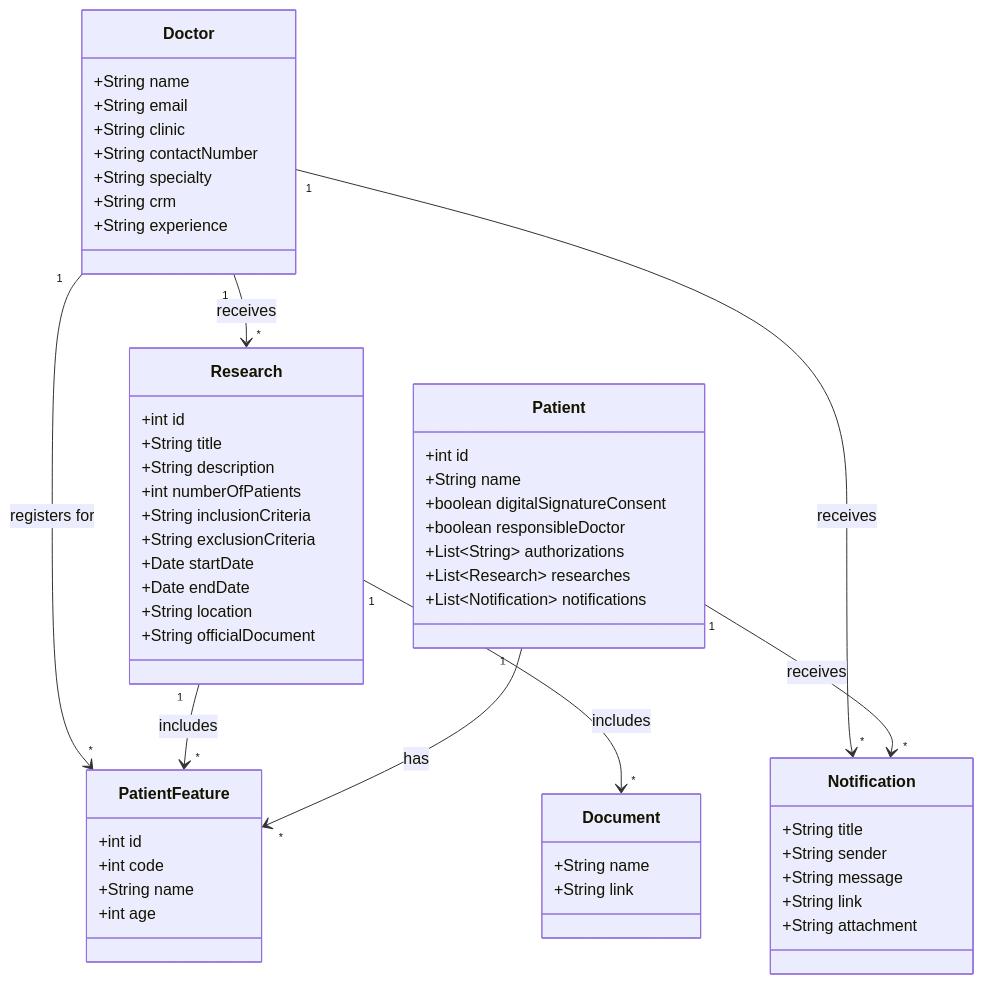
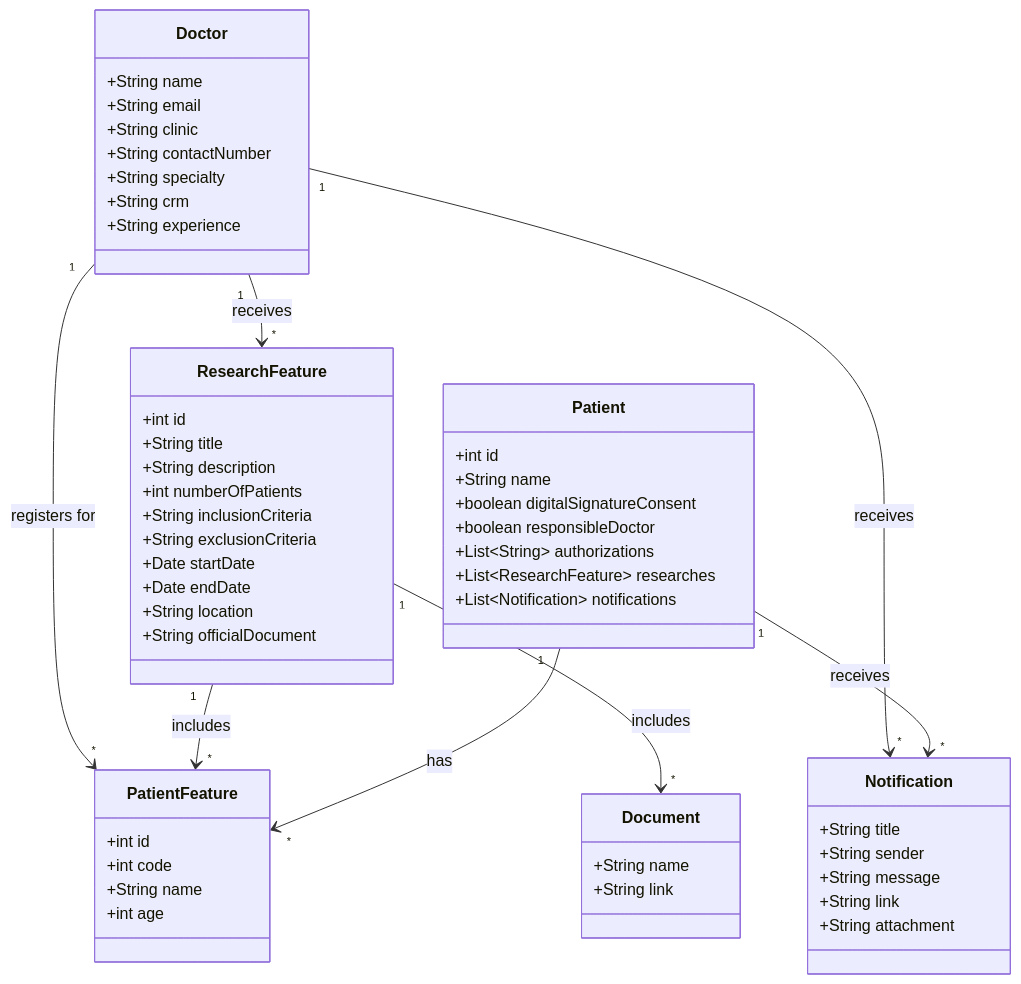
One commit to andrefilipe1310/inovamed- changed the third of 15 diagrams in README.md. Above: the diagram before and after it, drawn with Mermaid.

````diff
--- a/README.md
+++ b/README.md
@@ -50,66 +50,66 @@
 ```mermaid
 classDiagram
     class Doctor {
         +String name
         +String email
         +String clinic
         +String contactNumber
         +String specialty
         +String crm
         +String experience
     }
 
     class Patient {
         +int id
         +String name
         +boolean digitalSignatureConsent
         +boolean responsibleDoctor
         +List~String~ authorizations
-        +List~Research~ researches
+        +List~ResearchFeature~ researches
         +List~Notification~ notifications
     }
 
     class PatientFeature {
         +int id
         +int code
         +String name
         +int age
     }
 
-    class Research {
+    class ResearchFeature {
         +int id
         +String title
         +String description
         +int numberOfPatients
         +String inclusionCriteria
         +String exclusionCriteria
         +Date startDate
         +Date endDate
         +String location
         +String officialDocument
     }
 
     class Document {
         +String name
         +String link
     }
 
     class Notification {
         +String title
         +String sender
         +String message
         +String link
         +String attachment
     }
 
-    Doctor "1" --> "*" Research : receives
+    Doctor "1" --> "*" ResearchFeature : receives
     Doctor "1" --> "*" PatientFeature : registers for
-    Research "1" --> "*" PatientFeature : includes
-    Research "1" --> "*" Document : includes
+    ResearchFeature "1" --> "*" PatientFeature : includes
+    ResearchFeature "1" --> "*" Document : includes
     Doctor "1" --> "*" Notification : receives
     Patient "1" --> "*" Notification : receives
     Patient "1" --> "*" PatientFeature : has
 
 
 
 ```
````
